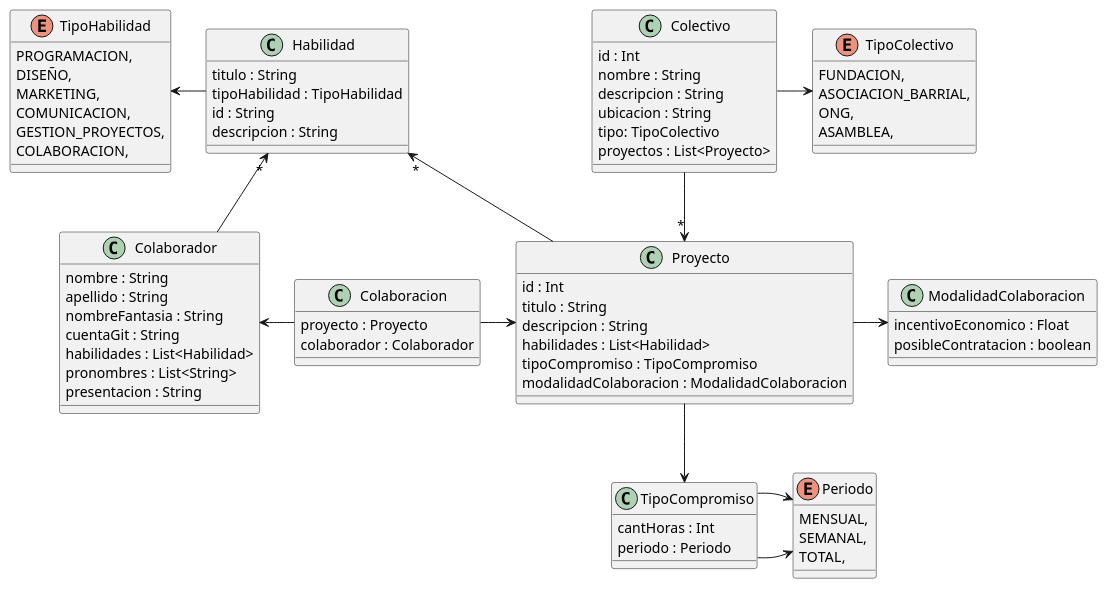
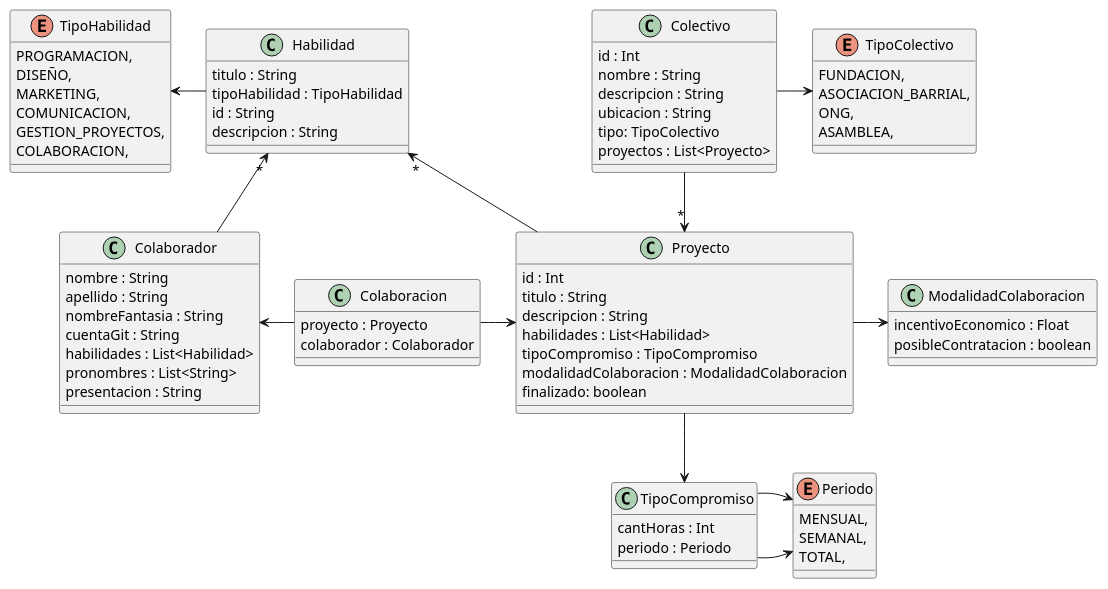
The diagram in diagramaDeClases.puml (luchoetapia/tp_ddso_grupo_4), drawn with PlantUML before and after one commit. The commit also changed 6 other files, not shown here.

```diff
--- a/diagramaDeClases.puml
+++ b/diagramaDeClases.puml
@@ -1,90 +1,91 @@
 @startuml
 
 class Colectivo {
 id : Int
 nombre : String
 descripcion : String
 ubicacion : String
 tipo: TipoColectivo
 proyectos : List<Proyecto>
 }
 
 class Proyecto {
 id : Int 
 titulo : String
 descripcion : String
 habilidades : List<Habilidad>
 tipoCompromiso : TipoCompromiso
 modalidadColaboracion : ModalidadColaboracion
+finalizado: boolean
 }
 
 class TipoCompromiso {
 cantHoras : Int
 periodo : Periodo
 }
 
 class Habilidad {
 titulo : String
 tipoHabilidad : TipoHabilidad
 id : String
 descripcion : String
 }
 
 class Colaborador{
 nombre : String
 apellido : String
 nombreFantasia : String
 cuentaGit : String
 habilidades : List<Habilidad>
 pronombres : List<String>
 presentacion : String
 }
 
 class Colaboracion {
 proyecto : Proyecto
 colaborador : Colaborador
 }
 
 class ModalidadColaboracion {
 incentivoEconomico : Float
 posibleContratacion : boolean
 }
 
 enum TipoColectivo {
 FUNDACION, 
 ASOCIACION_BARRIAL, 
 ONG, 
 ASAMBLEA,
 }
 
 enum Periodo {
 MENSUAL, 
 SEMANAL, 
 TOTAL,
 }
 
 enum TipoHabilidad {
 PROGRAMACION, 
 DISEÑO, 
 MARKETING, 
 COMUNICACION, 
 GESTION_PROYECTOS, 
 COLABORACION,
 }
 
 Colectivo -d-> "*" Proyecto
 Colectivo -r-> TipoColectivo
 
 Proyecto -> "*" Habilidad
 Proyecto -d-> TipoCompromiso
 Proyecto -> ModalidadColaboracion
 
 Colaboracion -> Proyecto
 Colaborador <- Colaboracion
 Colaborador -u-> "*" Habilidad
 
 TipoCompromiso -r-> Periodo
 Habilidad -l-> TipoHabilidad
 
 TipoCompromiso -> Periodo
 @enduml
```
